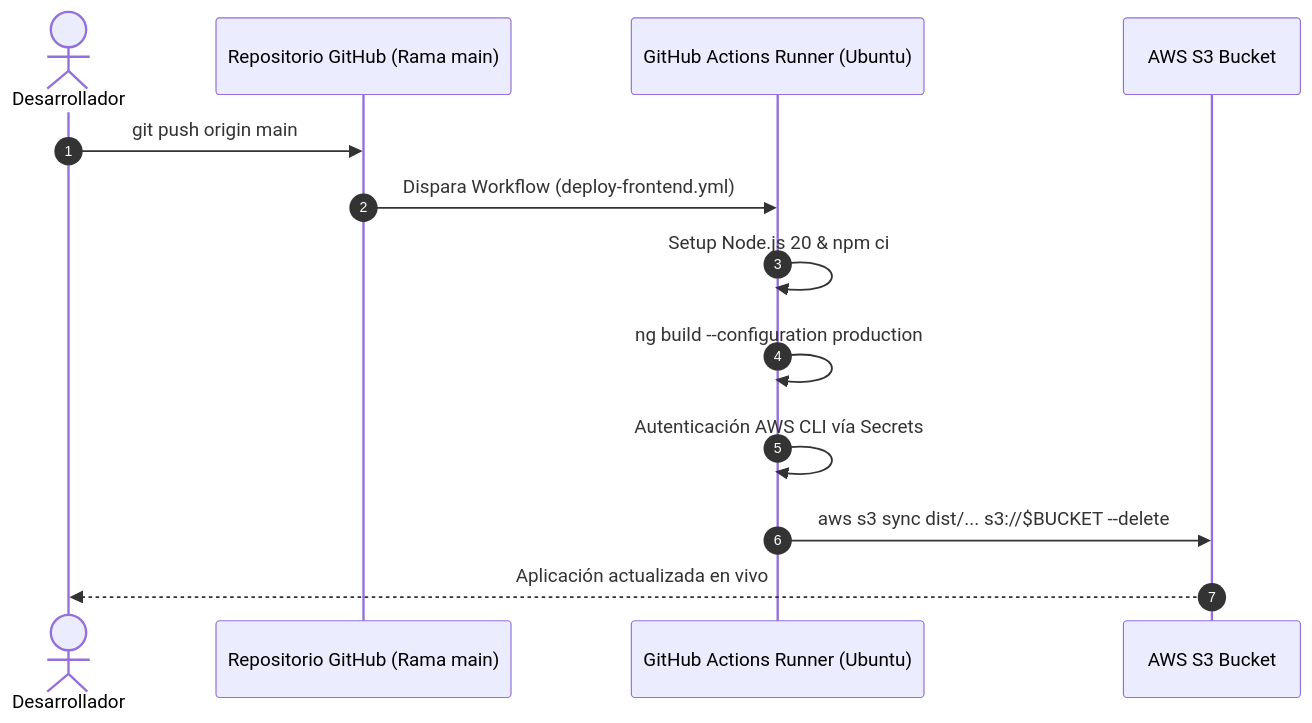
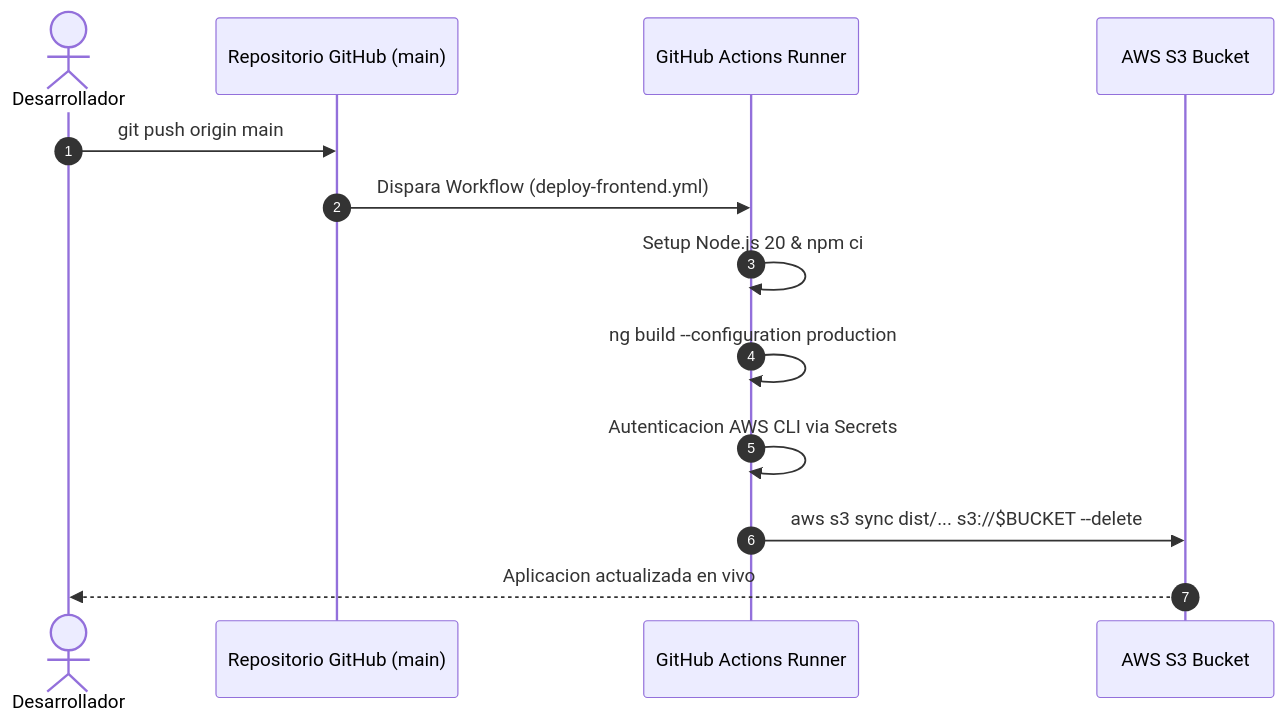
Before and after one commit to kr0zapps/reciclago-cloud-nativo: the second of 2 diagrams in README.md, drawn with Mermaid. The commit also changed other lines of this file, not shown here.

Commit message:
docs: corregir sintaxis mermaid en README y remover emojis excesivos

````diff
--- a/README.md
+++ b/README.md
@@ -106,16 +106,16 @@
 ```mermaid
 sequenceDiagram
     autonumber
     actor Dev as Desarrollador
-    participant Git as Repositorio GitHub (Rama main)
-    participant CI as GitHub Actions Runner (Ubuntu)
+    participant Git as Repositorio GitHub (main)
+    participant CI as GitHub Actions Runner
     participant S3 as AWS S3 Bucket
 
     Dev->>Git: git push origin main
     Git->>CI: Dispara Workflow (deploy-frontend.yml)
     CI->>CI: Setup Node.js 20 & npm ci
     CI->>CI: ng build --configuration production
-    CI->>CI: Autenticación AWS CLI vía Secrets
+    CI->>CI: Autenticacion AWS CLI via Secrets
     CI->>S3: aws s3 sync dist/... s3://$BUCKET --delete
-    S3-->>Dev: Aplicación actualizada en vivo
+    S3-->>Dev: Aplicacion actualizada en vivo
 ```
````
